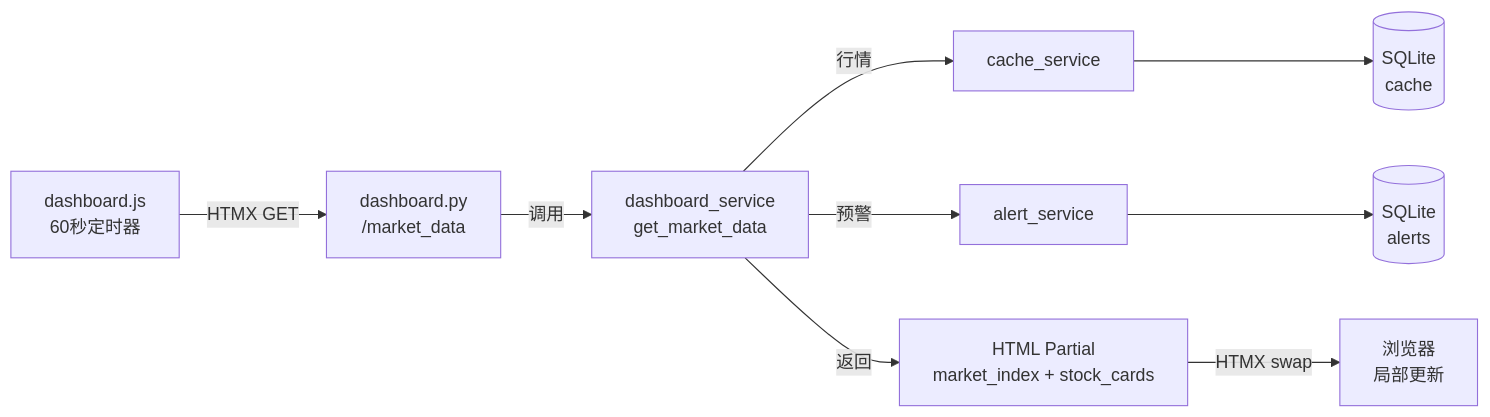
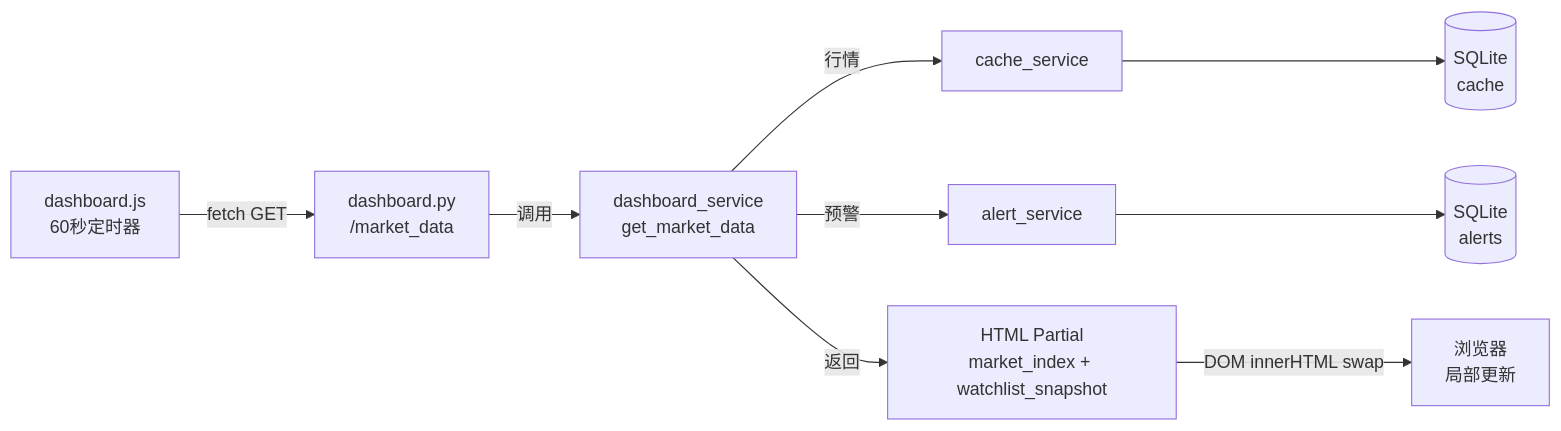
One commit to sxgaoxiang123456/alpha-project changed the second of 3 diagrams in specs/006-dashboard/plan.md. Above: the diagram before and after it, drawn with Mermaid. The commit also changed other lines of this file and 26 other files, not shown here.

````diff
--- a/specs/006-dashboard/plan.md
+++ b/specs/006-dashboard/plan.md
@@ -171,13 +236,13 @@
 ```mermaid
 graph LR
-    JS[dashboard.js<br/>60秒定时器] --"HTMX GET"--> Router2[dashboard.py
+    JS[dashboard.js<br/>60秒定时器] --"fetch GET"--> Router2[dashboard.py
 /market_data]
     Router2 --"调用"--> Service2[dashboard_service
 get_market_data]
     Service2 --"行情"--> Cache[cache_service]
     Service2 --"预警"--> AlertSvc[alert_service]
     Cache --> CacheDB[(SQLite<br/>cache)]
     AlertSvc --> AlertDB[(SQLite<br/>alerts)]
-    Service2 --"返回"--> Partial[HTML Partial<br/>market_index + stock_cards]
-    Partial --"HTMX swap"--> Browser2[浏览器<br/>局部更新]
+    Service2 --"返回"--> Partial[HTML Partial<br/>market_index + watchlist_snapshot]
+    Partial --"DOM innerHTML swap"--> Browser2[浏览器<br/>局部更新]
 ```
````
